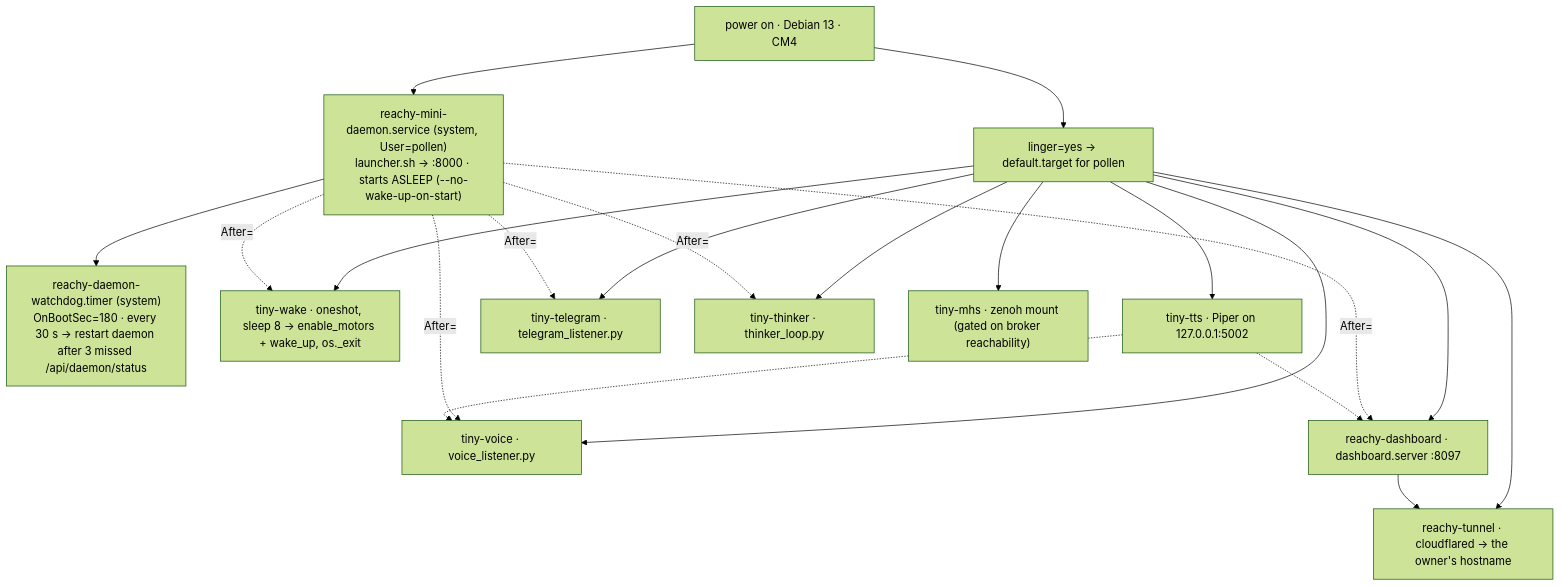
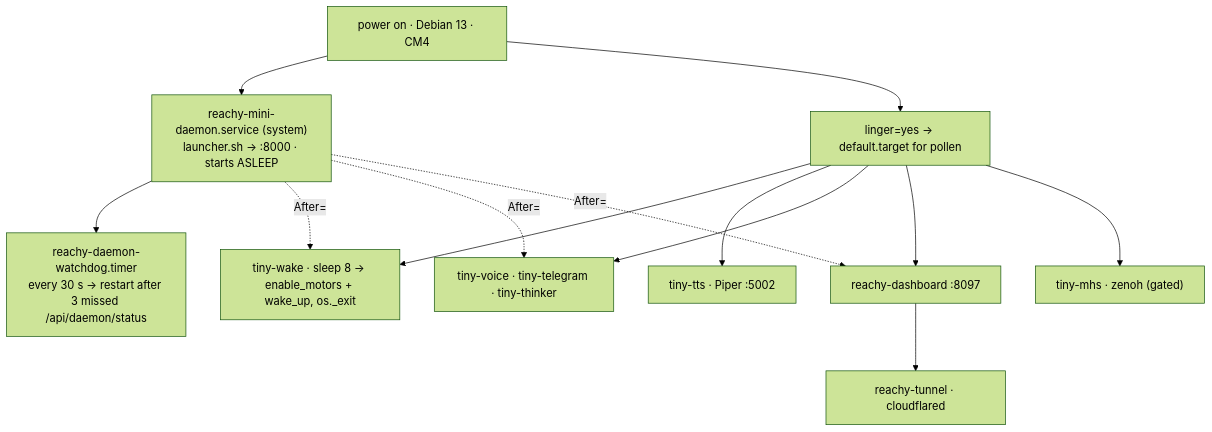
One commit to cagataycali/tiny-the-reachy changed the diagram in docs/start/systemd.md. Above: the diagram before and after it, drawn with Mermaid (forest theme). The commit also changed other lines of this file and 4 other files, not shown here.

Commit message:
docs a+ (it7): four more hand pages under budget — systemd 663→386 (boot chain diagram compacted: personas as one node, no horizontal scroll), DASHBOARD 592→293 (+front-matter/tldr, ASCII cockpit kept), architecture 527→291, quickstart 431→292. GRACE −4 (12 left), ratchet 11,000→9,800

````diff
--- a/docs/start/systemd.md
+++ b/docs/start/systemd.md
@@ -24,17 +17,12 @@
 ```mermaid
 flowchart TD
-  P["power on · Debian 13 · CM4"] --> DAE["reachy-mini-daemon.service (system, User=pollen)<br/>launcher.sh → :8000 · starts ASLEEP (--no-wake-up-on-start)"]
-  DAE --> WD["reachy-daemon-watchdog.timer (system)<br/>OnBootSec=180 · every 30 s → restart daemon after 3 missed /api/daemon/status"]
+  P["power on · Debian 13 · CM4"] --> DAE["reachy-mini-daemon.service (system)<br/>launcher.sh → :8000 · starts ASLEEP"]
+  DAE --> WD["reachy-daemon-watchdog.timer<br/>every 30 s → restart after 3 missed /api/daemon/status"]
   P --> L["linger=yes → default.target for pollen"]
-  L --> WAKE["tiny-wake · oneshot, sleep 8 → enable_motors + wake_up, os._exit"]
-  L --> TTS["tiny-tts · Piper on 127.0.0.1:5002"]
-  L --> V["tiny-voice · voice_listener.py"]
-  L --> T["tiny-telegram · telegram_listener.py"]
-  L --> K["tiny-thinker · thinker_loop.py"]
-  L --> DASH["reachy-dashboard · dashboard.server :8097"]
-  L --> TUN["reachy-tunnel · cloudflared → the owner's hostname"]
-  L --> MHS["tiny-mhs · zenoh mount (gated on broker reachability)"]
-  DAE -. After= .-> WAKE & V & T & K & DASH
-  TTS -.-> V & DASH
-  DASH --> TUN
+  L --> WAKE["tiny-wake · sleep 8 → enable_motors + wake_up, os._exit"]
+  L --> TTS["tiny-tts · Piper :5002"]
+  L --> PER["tiny-voice · tiny-telegram · tiny-thinker"]
+  L --> DASH["reachy-dashboard :8097"] --> TUN["reachy-tunnel · cloudflared"]
+  L --> MHS["tiny-mhs · zenoh (gated)"]
+  DAE -. After= .-> WAKE & PER & DASH
 ```
````
